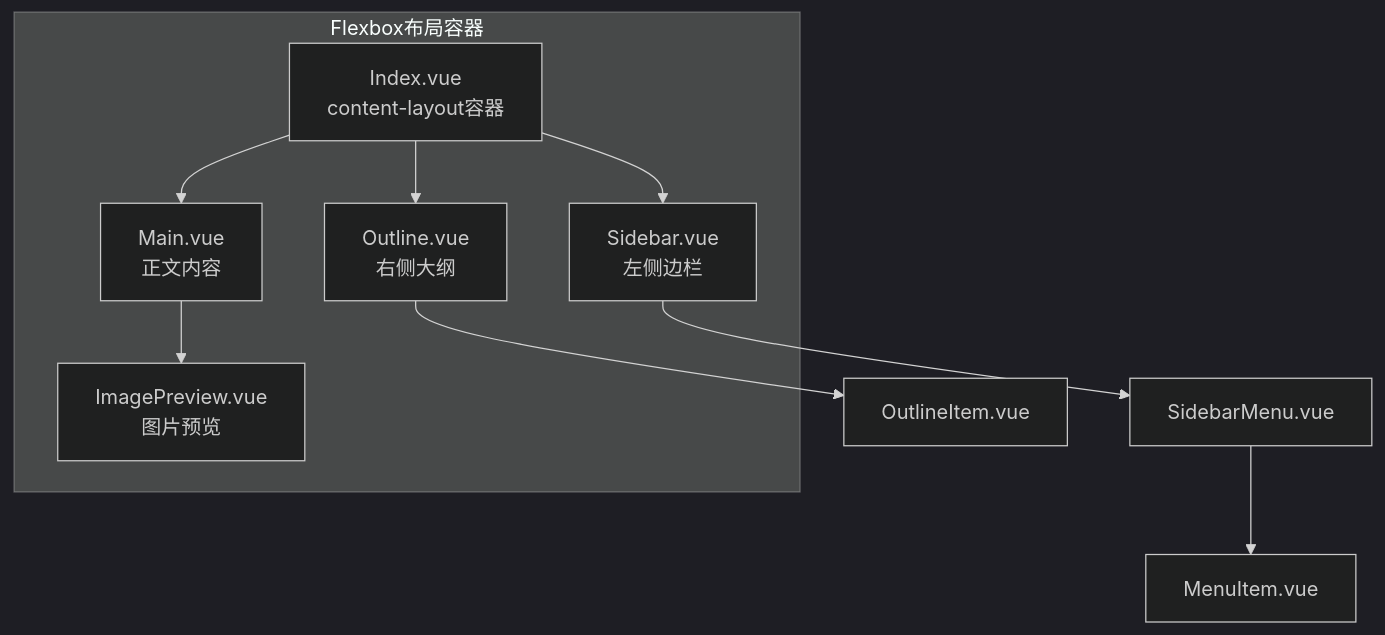
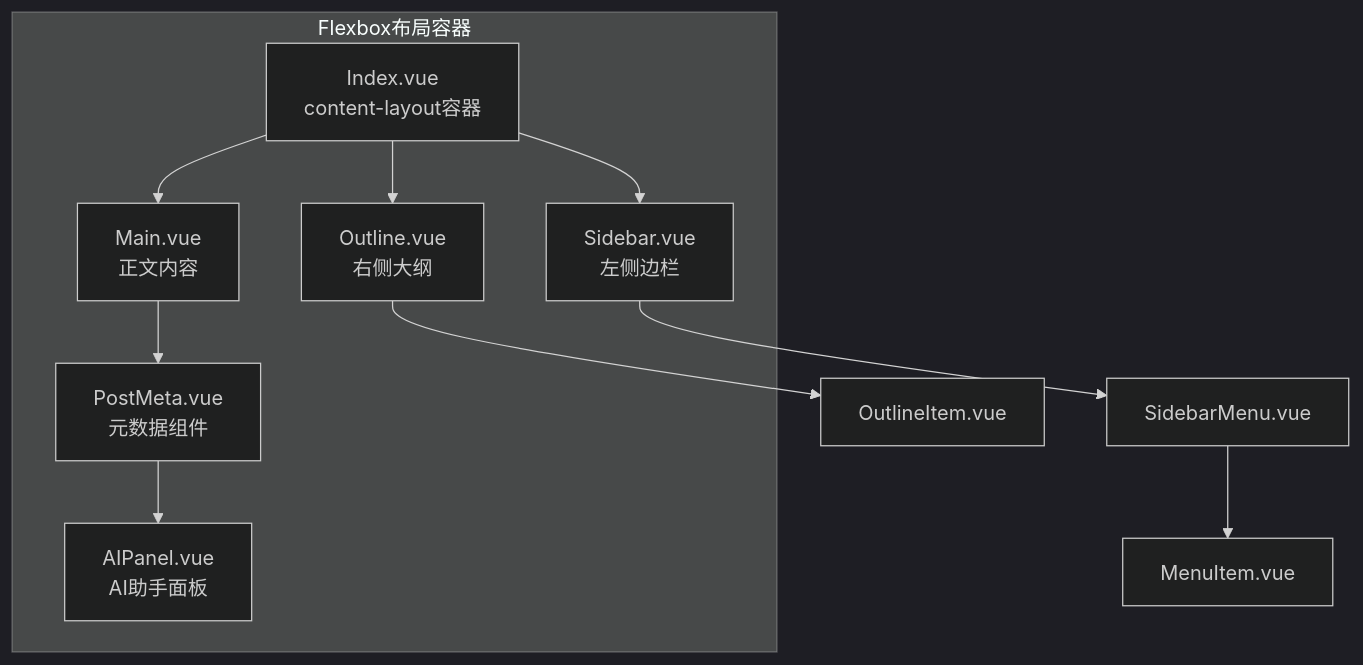
The first of 8 diagrams in .qoder/repowiki/zh/content/核心功能/UI 组件系统/内容组件.md (terwer/siyuan-plugin-blog), drawn with Mermaid (dark theme) before and after one commit. The commit also changed other lines of this file and 31 other files, not shown here.

````diff
--- a/.qoder/repowiki/zh/content/核心功能/UI 组件系统/内容组件.md
+++ b/.qoder/repowiki/zh/content/核心功能/UI 组件系统/内容组件.md
@@ -61,17 +65,19 @@
 ```mermaid
 graph TB
 subgraph "Flexbox布局容器"
 IDX["Index.vue<br/>content-layout容器"]
 L["Sidebar.vue<br/>左侧边栏"]
 M["Main.vue<br/>正文内容"]
 R["Outline.vue<br/>右侧大纲"]
-IP["ImagePreview.vue<br/>图片预览"]
+PM["PostMeta.vue<br/>元数据组件"]
+AIP["AIPanel.vue<br/>AI助手面板"]
 end
 IDX --> L
 IDX --> M
 IDX --> R
 L --> SM["SidebarMenu.vue"]
 SM --> MI["MenuItem.vue"]
+M --> PM
+PM --> AIP
 R --> OI["OutlineItem.vue"]
-M --> IP
 ```
````
